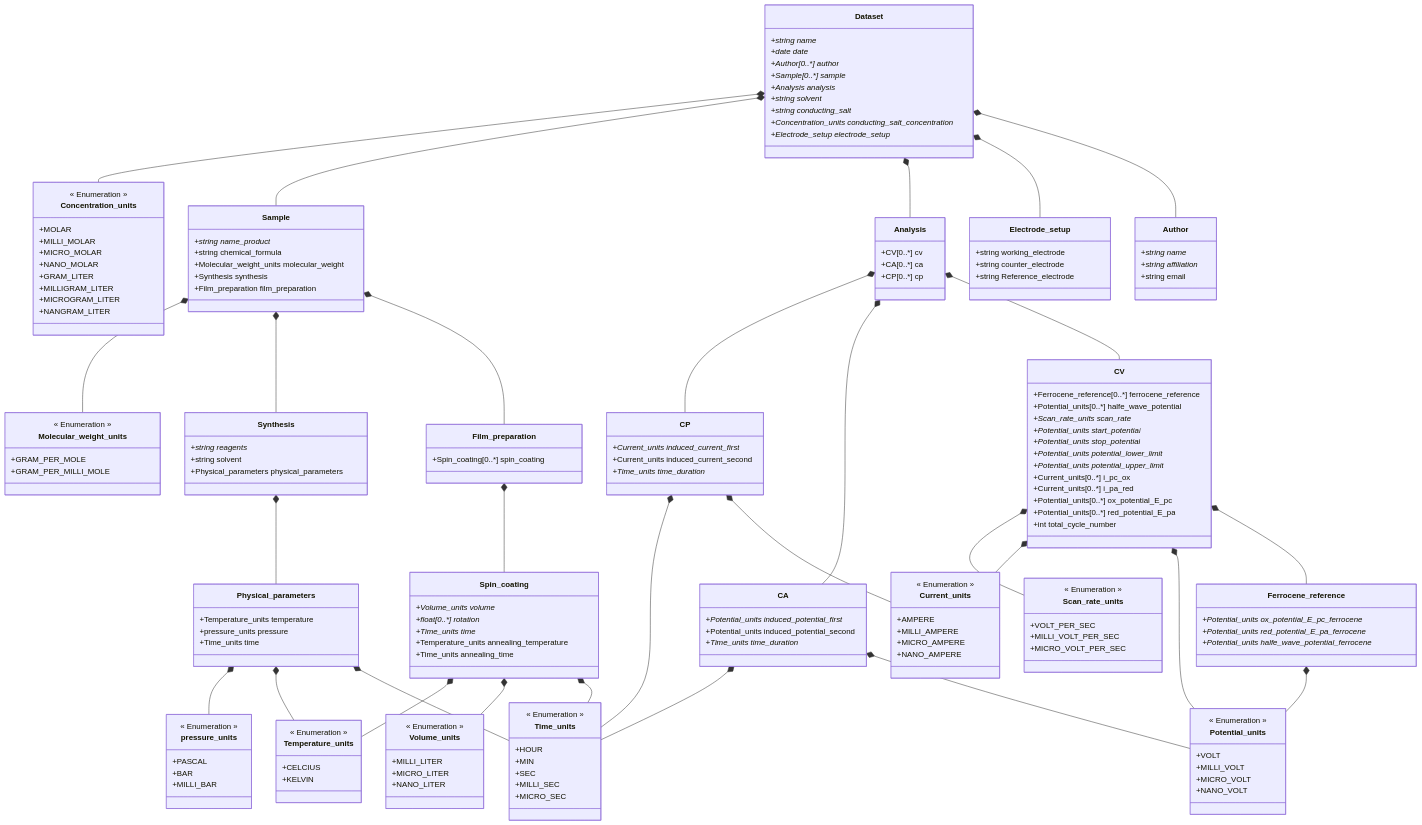
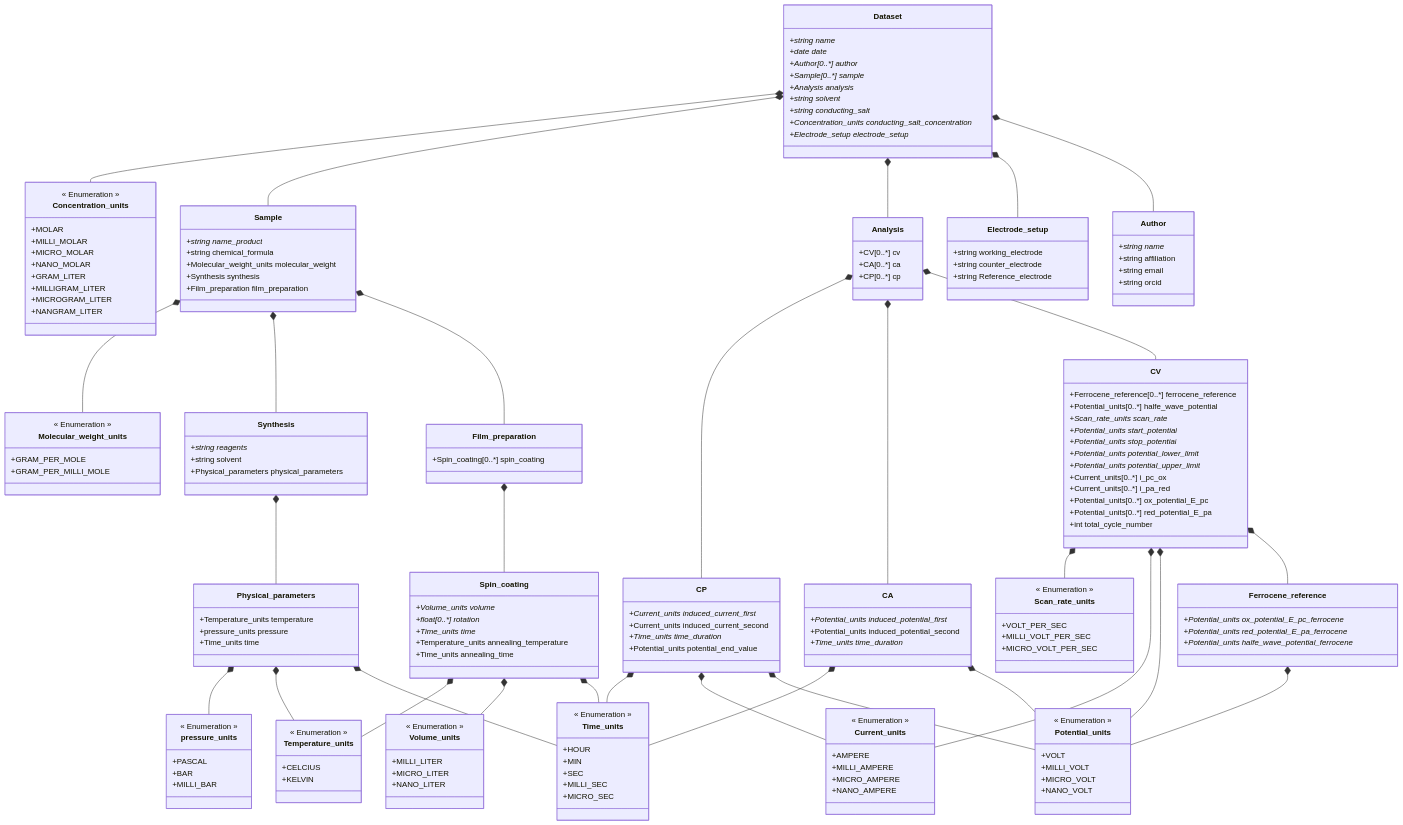
Before and after one commit to FAIRChemistry/datamodel-electrochemistry: the diagram in ElectrochemistryDataModel/schemes/electrochemistrydatamodel_schema.md, drawn with Mermaid. The commit also changed 14 other files, not shown here.

```diff
--- a/ElectrochemistryDataModel/schemes/electrochemistrydatamodel_schema.md
+++ b/ElectrochemistryDataModel/schemes/electrochemistrydatamodel_schema.md
@@ -21,6 +21,7 @@
     Analysis *-- CV
     CP *-- Time_units
     CP *-- Current_units
+    CP *-- Potential_units
     CA *-- Time_units
     CA *-- Potential_units
     CV *-- Scan_rate_units
@@ -83,6 +84,7 @@
         +Current_units induced_current_first*
         +Current_units induced_current_second
         +Time_units time_duration*
+        +Potential_units potential_end_value
     }
     
     class CA {
@@ -120,8 +122,9 @@
     
     class Author {
         +string name*
-        +string affiliation*
+        +string affiliation
         +string email
+        +string orcid
     }
     
     class pressure_units {
```
